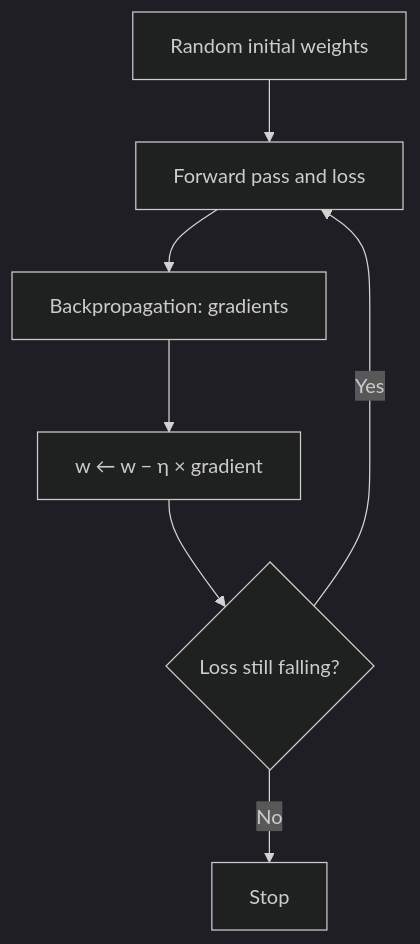
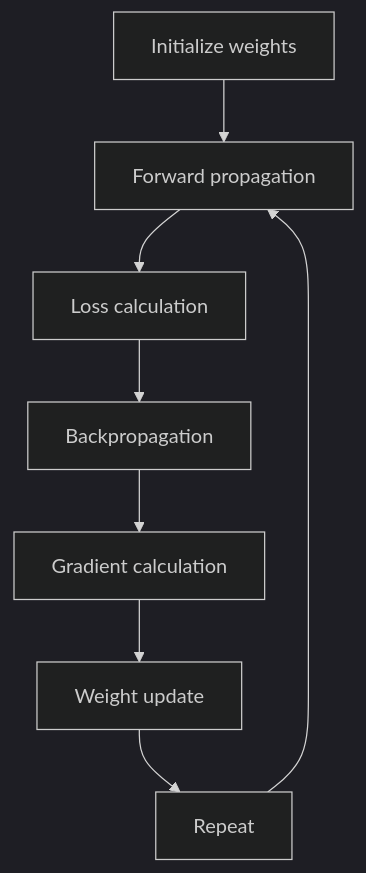
The diagram in content/deep-learning/pyq/2025-05/q2a.mdx (TrendySloth1001/sem-seven-notes), drawn with Mermaid (dark theme) before and after one commit. The commit also changed other lines of this file and 254 other files, not shown here.

Commit message:
Rewrite the backpropagation, gradient descent, regularization and autoencoder notes and their 29 answers from the teachers' class files. They use 185 teacher figures with class-notes citations only, and correct the AdaGrad, RMSProp, Nesterov and batch-norm numbers on the slides.

````diff
--- a/content/deep-learning/pyq/2025-05/q2a.mdx
+++ b/content/deep-learning/pyq/2025-05/q2a.mdx
@@ -25,10 +9,11 @@
 ```mermaid
-%% caption: The gradient descent loop used to train a neural network.
+%% caption: The working flow of gradient descent: each pass moves the weights downhill.
 flowchart TD
-  A["Random initial weights"] --> B["Forward pass and loss"]
-  B --> C["Backpropagation: gradients"]
-  C --> D["w ← w − η × gradient"]
-  D --> E{"Loss still falling?"}
-  E -- "Yes" --> B
-  E -- "No" --> F["Stop"]
+  A["Initialize weights"] --> B["Forward propagation"]
+  B --> C["Loss calculation"]
+  C --> D["Backpropagation"]
+  D --> E["Gradient calculation"]
+  E --> F["Weight update"]
+  F --> G["Repeat"]
+  G --> B
 ```
````
